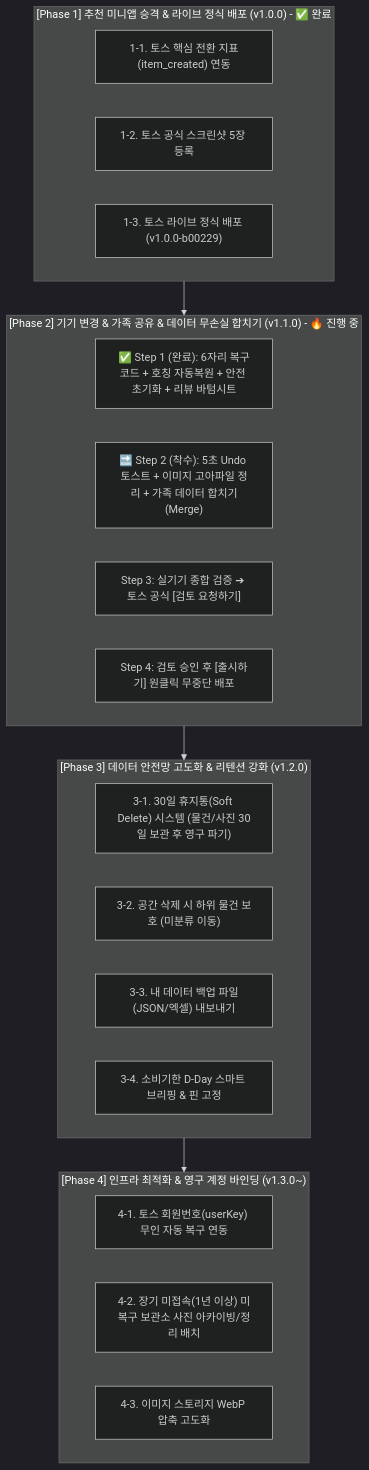
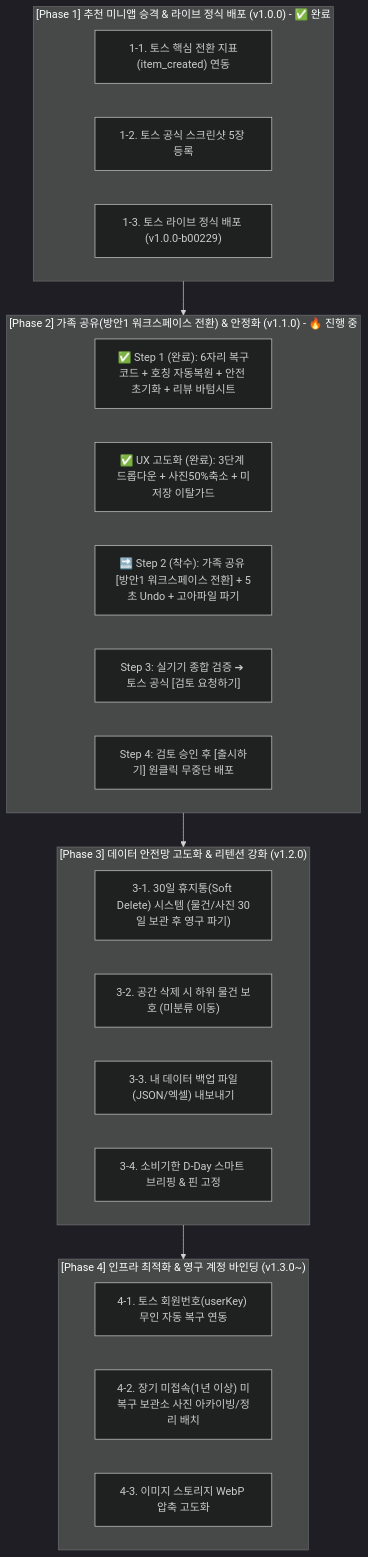
The third of 3 diagrams in docs/roadmap_and_summary.md (tauriqon/where-is-it), drawn with Mermaid (dark theme) before and after one commit. The commit also changed other lines of this file and 5 other files, not shown here.

````diff
--- a/docs/roadmap_and_summary.md
+++ b/docs/roadmap_and_summary.md
@@ -91,32 +94,33 @@
 ```mermaid
 flowchart TD
     subgraph Phase1["[Phase 1] 추천 미니앱 승격 & 라이브 정식 배포 (v1.0.0) - ✅ 완료"]
         P1_1["1-1. 토스 핵심 전환 지표(item_created) 연동"]
         P1_2["1-2. 토스 공식 스크린샷 5장 등록"]
         P1_3["1-3. 토스 라이브 정식 배포 (v1.0.0-b00229)"]
     end
 
-    subgraph Phase2["[Phase 2] 기기 변경 & 가족 공유 & 데이터 무손실 합치기 (v1.1.0) - 🔥 진행 중"]
+    subgraph Phase2["[Phase 2] 가족 공유(방안1 워크스페이스 전환) & 안정화 (v1.1.0) - 🔥 진행 중"]
         P2_Step1["✅ Step 1 (완료): 6자리 복구코드 + 호칭 자동복원 + 안전 초기화 + 리뷰 바텀시트"]
-        P2_Step2["🔜 Step 2 (착수): 5초 Undo 토스트 + 이미지 고아파일 정리 + 가족 데이터 합치기(Merge)"]
+        P2_StepUX["✅ UX 고도화 (완료): 3단계 드롭다운 + 사진50%축소 + 미저장 이탈가드"]
+        P2_Step2["🔜 Step 2 (착수): 가족 공유 [방안1 워크스페이스 전환] + 5초 Undo + 고아파일 파기"]
         P2_Step3["Step 3: 실기기 종합 검증 ➔ 토스 공식 [검토 요청하기]"]
         P2_Step4["Step 4: 검토 승인 후 [출시하기] 원클릭 무중단 배포"]
     end
 
     subgraph Phase3["[Phase 3] 데이터 안전망 고도화 & 리텐션 강화 (v1.2.0)"]
         P3_1["3-1. 30일 휴지통(Soft Delete) 시스템 (물건/사진 30일 보관 후 영구 파기)"]
         P3_2["3-2. 공간 삭제 시 하위 물건 보호 (미분류 이동)"]
         P3_3["3-3. 내 데이터 백업 파일(JSON/엑셀) 내보내기"]
         P3_4["3-4. 소비기한 D-Day 스마트 브리핑 & 핀 고정"]
     end
 
     subgraph Phase4["[Phase 4] 인프라 최적화 & 영구 계정 바인딩 (v1.3.0~)"]
         P4_1["4-1. 토스 회원번호(userKey) 무인 자동 복구 연동"]
         P4_2["4-2. 장기 미접속(1년 이상) 미복구 보관소 사진 아카이빙/정리 배치"]
         P4_3["4-3. 이미지 스토리지 WebP 압축 고도화"]
     end
 
     Phase1 --> Phase2
     Phase2 --> Phase3
     Phase3 --> Phase4
 ```
````
